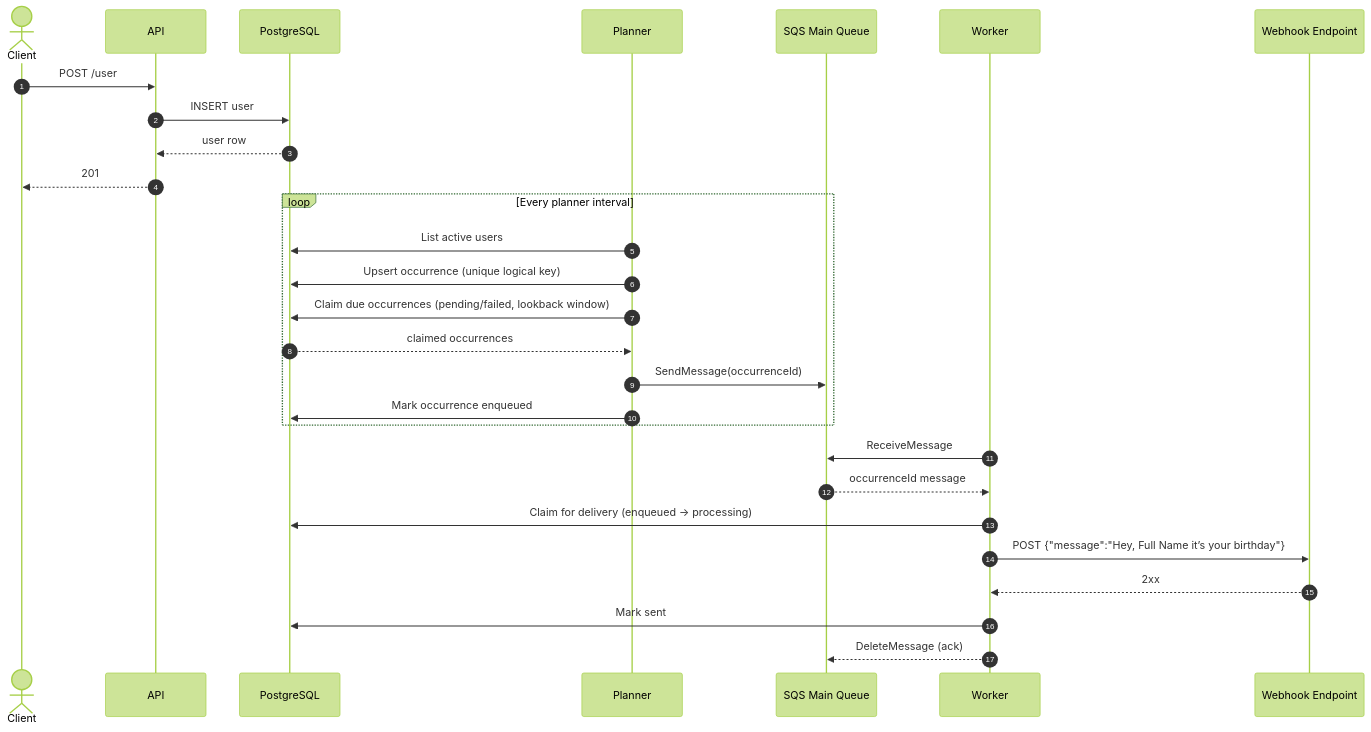
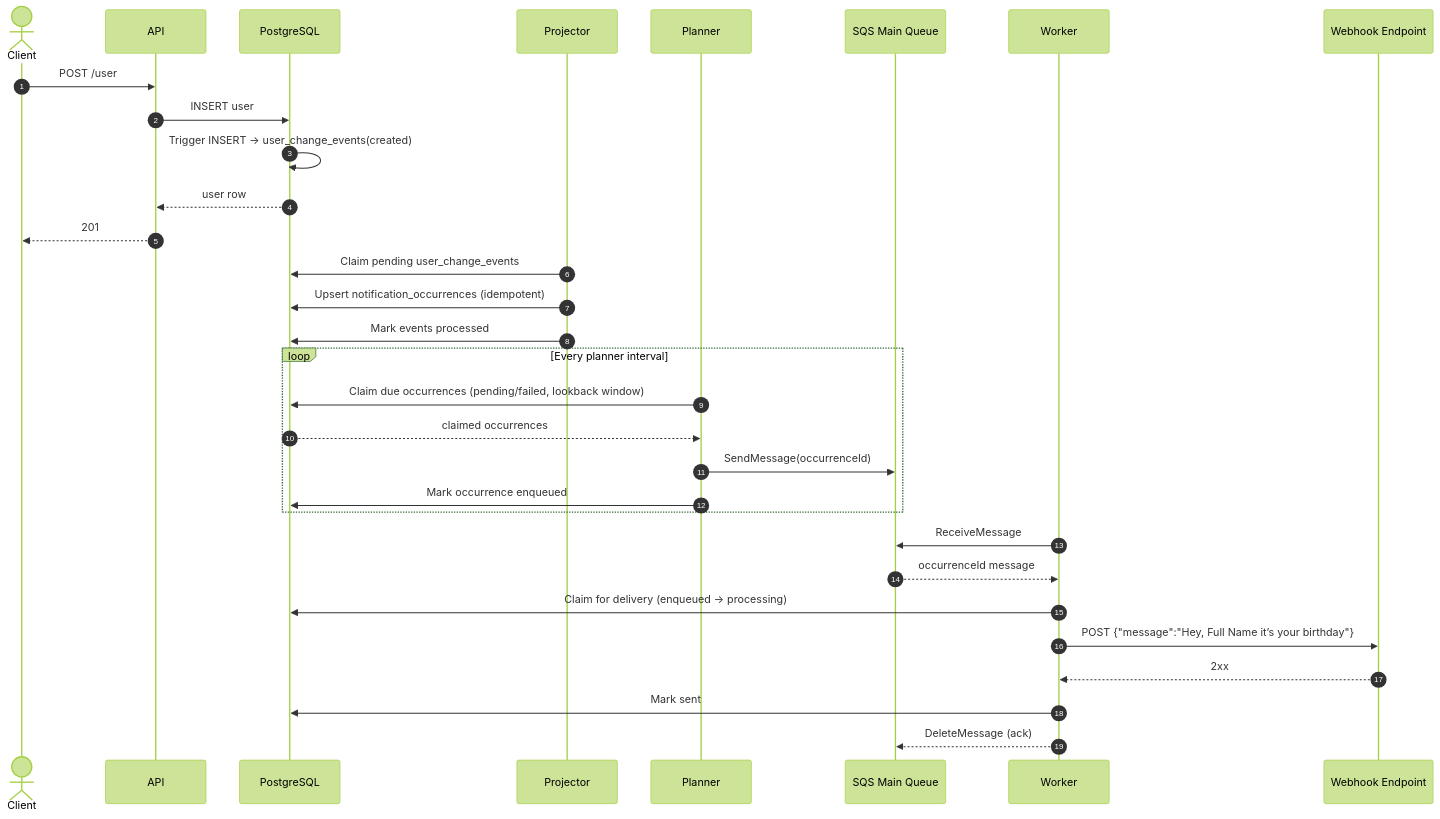
The first of 3 diagrams in docs/architecture.md (derarkh/Birthday-Notification-Service), drawn with Mermaid (forest theme) before and after one commit. The commit also changed other lines of this file and 23 other files, not shown here.

````diff
--- a/docs/architecture.md
+++ b/docs/architecture.md
@@ -88,33 +105,37 @@
 ```mermaid
 sequenceDiagram
   autonumber
   actor Client
   participant API as API
   participant DB as PostgreSQL
+  participant Projector as Projector
   participant Planner as Planner
   participant SQS as SQS Main Queue
   participant Worker as Worker
   participant Outbound as Webhook Endpoint
 
   Client->>API: POST /user
   API->>DB: INSERT user
+  DB->>DB: Trigger INSERT -> user_change_events(created)
   DB-->>API: user row
   API-->>Client: 201
 
+  Projector->>DB: Claim pending user_change_events
+  Projector->>DB: Upsert notification_occurrences (idempotent)
+  Projector->>DB: Mark events processed
+
   loop Every planner interval
-    Planner->>DB: List active users
-    Planner->>DB: Upsert occurrence (unique logical key)
     Planner->>DB: Claim due occurrences (pending/failed, lookback window)
     DB-->>Planner: claimed occurrences
     Planner->>SQS: SendMessage(occurrenceId)
     Planner->>DB: Mark occurrence enqueued
   end
 
   Worker->>SQS: ReceiveMessage
   SQS-->>Worker: occurrenceId message
   Worker->>DB: Claim for delivery (enqueued -> processing)
   Worker->>Outbound: POST {"message":"Hey, Full Name it’s your birthday"}
   Outbound-->>Worker: 2xx
   Worker->>DB: Mark sent
   Worker-->>SQS: DeleteMessage (ack)
 ```
````
